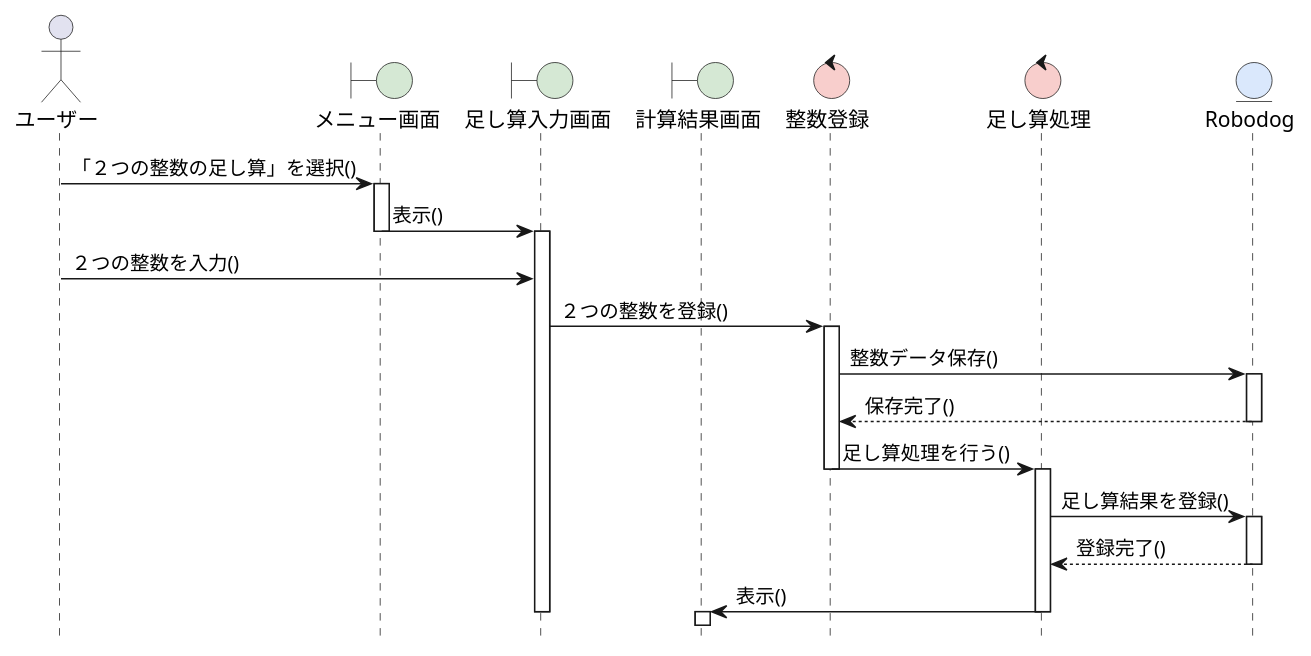
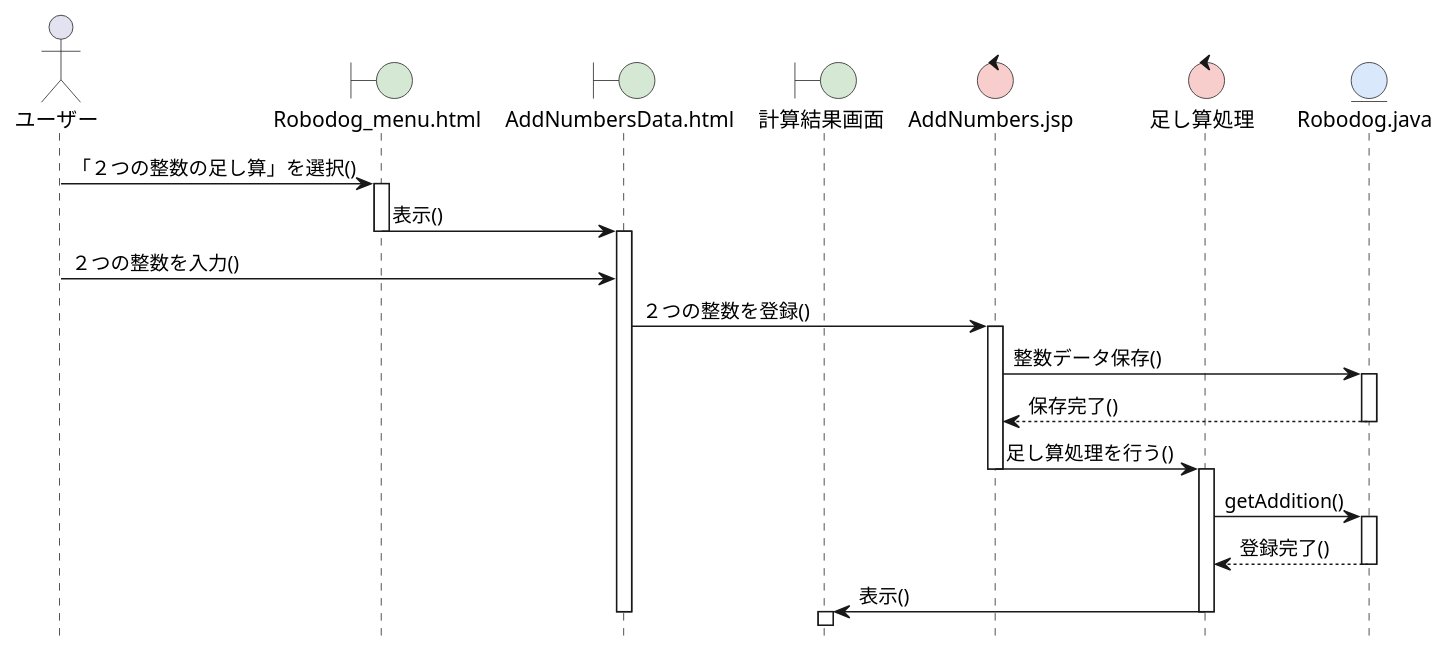
The diagram in 06_robo_dog/sequence_03_addition.pu (yama-0322/ohara_uml), drawn with PlantUML before and after one commit. The commit also changed 8 other files, not shown here.

```diff
--- a/06_robo_dog/sequence_03_addition.pu
+++ b/06_robo_dog/sequence_03_addition.pu
@@ -1,44 +1,44 @@
 @startuml RoboDog-２つの整数の足し算シーケンス図
 hide footbox
 skinparam boundaryBackgroundColor #D5E8D4
 skinparam controlBackgroundColor  #F8CECC
 skinparam entityBackgroundColor   #DAE8FC
 
 actor ユーザー as A
-boundary メニュー画面 as B1
-boundary 足し算入力画面 as B2
+boundary "Robodog_menu.html" as B1
+boundary "AddNumbersData.html" as B2
 boundary 計算結果画面 as B3
-control 整数登録 as C1
+control "AddNumbers.jsp" as C1
 control 足し算処理 as C2
-entity Robodog as E
+entity "Robodog.java" as E
 
 A -> B1: 「２つの整数の足し算」を選択()
 activate B1
 
 B1 -> B2: 表示()
 deactivate B1
 activate B2
 
 A -> B2: ２つの整数を入力()
 
 B2 -> C1: ２つの整数を登録()
 activate C1
 C1 -> E: 整数データ保存()
 activate E
 E --> C1: 保存完了()
 deactivate E
 
 C1 -> C2: 足し算処理を行う()
 deactivate C1
 activate C2
-C2 -> E: 足し算結果を登録()
+C2 -> E: getAddition()
 activate E
 E --> C2: 登録完了()
 deactivate E
 
 C2 -> B3: 表示()
 deactivate C2
 deactivate B2
 activate B3
 
 @enduml
```
